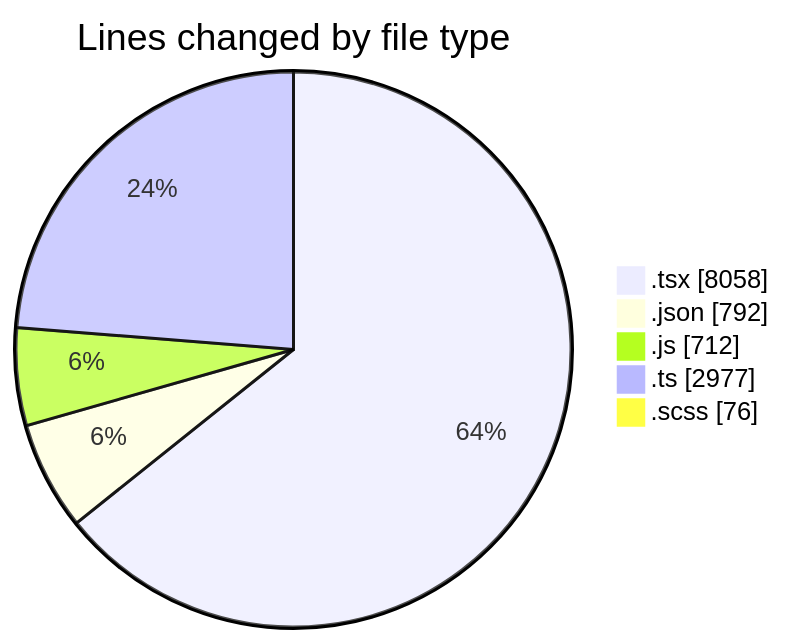
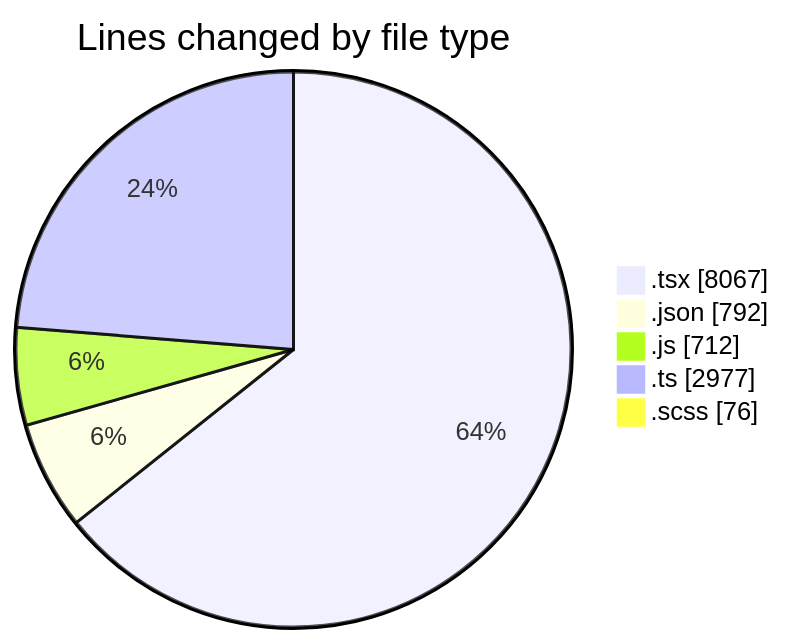
Before and after one commit to momahboobian/code-tracking: the first of 2 diagrams in 2026-08-07/cda/README.md, drawn with Mermaid. The commit also changed other lines of this file and 1 other file, not shown here.

````diff
--- a/2026-08-07/cda/README.md
+++ b/2026-08-07/cda/README.md
@@ -35,9 +35,9 @@
 ```mermaid
 pie showData
 title Lines changed by file type
-".tsx" : 8058
+".tsx" : 8067
 ".json" : 792
 ".js" : 712
 ".ts" : 2977
 ".scss" : 76
 ```
````
